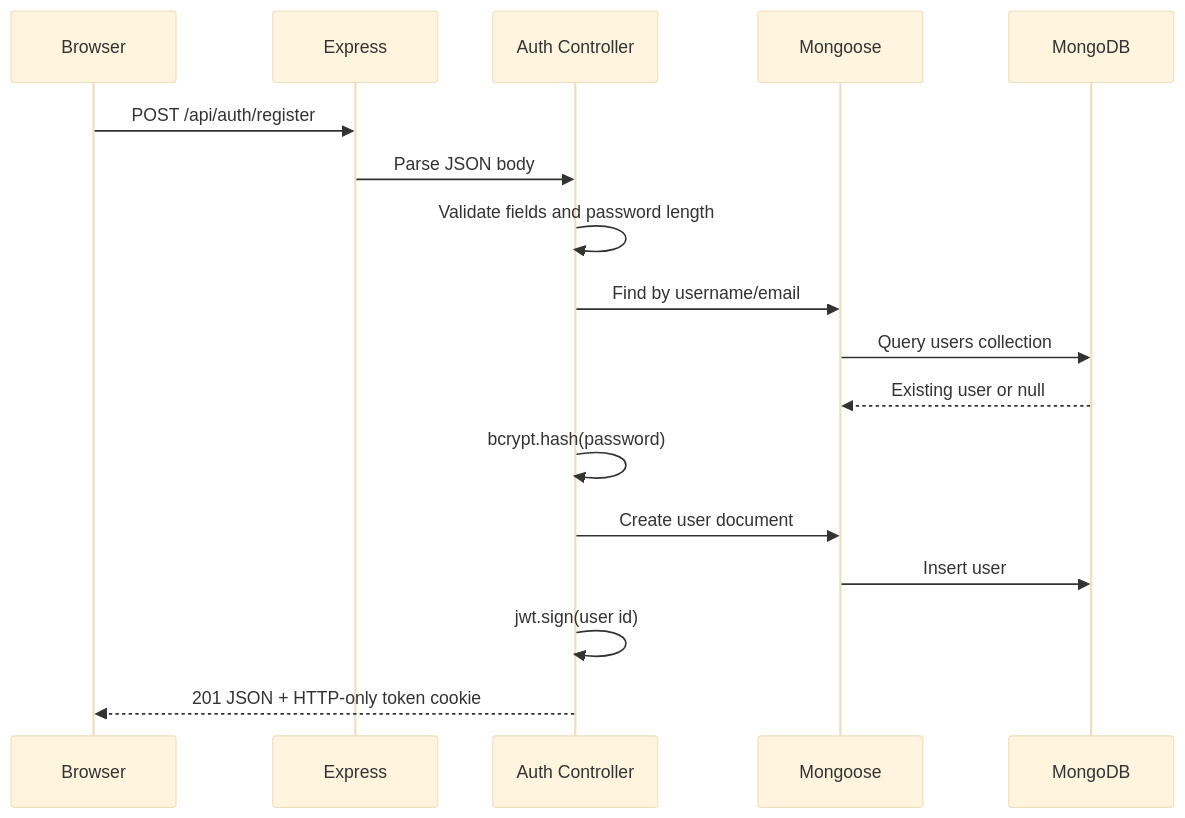
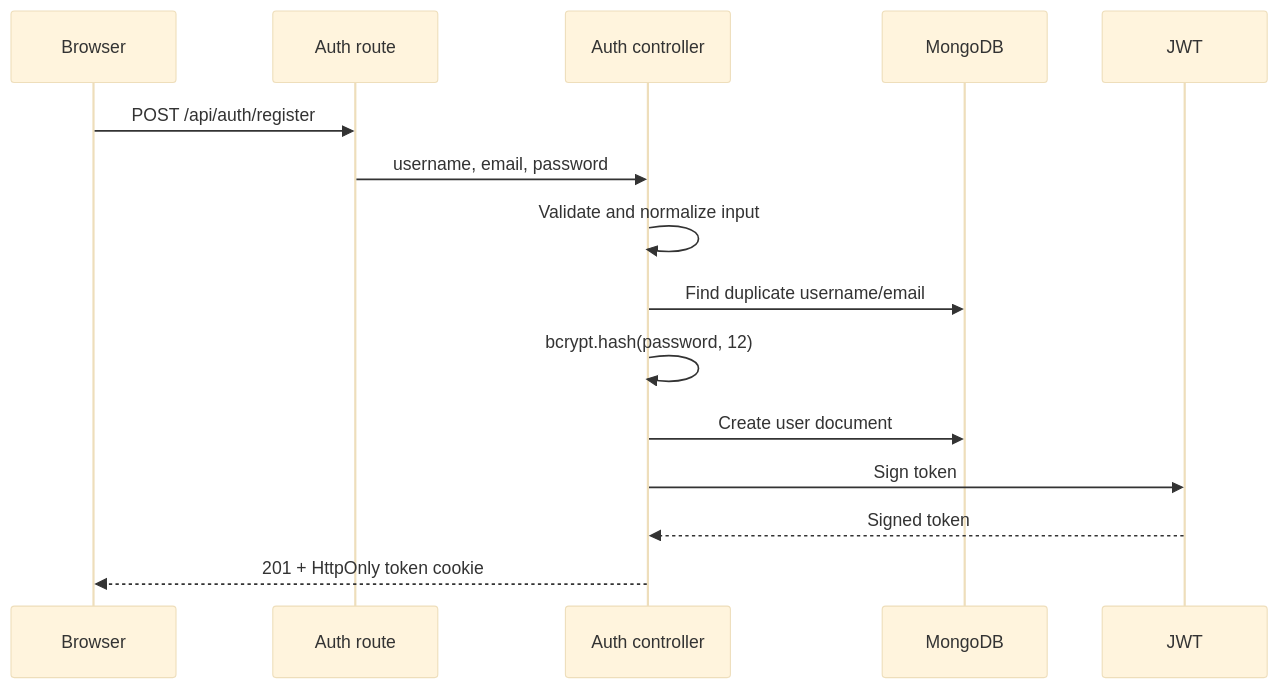
Before and after one commit to SonamNarula/hirelens-nexus: the third of 8 diagrams in README.md, drawn with Mermaid (base theme). The commit also changed other lines of this file, not shown here.

First line of the commit message:
docs: add flagship HireLens architecture guide

````diff
--- a/README.md
+++ b/README.md
@@ -318,20 +295,18 @@
 ```mermaid
 sequenceDiagram
     participant B as Browser
-    participant E as Express
-    participant C as Auth Controller
-    participant M as Mongoose
-    participant DB as MongoDB
+    participant R as Auth route
+    participant C as Auth controller
+    participant M as MongoDB
+    participant J as JWT
 
-    B->>E: POST /api/auth/register
-    E->>C: Parse JSON body
-    C->>C: Validate fields and password length
-    C->>M: Find by username/email
-    M->>DB: Query users collection
-    DB-->>M: Existing user or null
-    C->>C: bcrypt.hash(password)
+    B->>R: POST /api/auth/register
+    R->>C: username, email, password
+    C->>C: Validate and normalize input
+    C->>M: Find duplicate username/email
+    C->>C: bcrypt.hash(password, 12)
     C->>M: Create user document
-    M->>DB: Insert user
-    C->>C: jwt.sign(user id)
-    C-->>B: 201 JSON + HTTP-only token cookie
+    C->>J: Sign token
+    J-->>C: Signed token
+    C-->>B: 201 + HttpOnly token cookie
 ```
````
